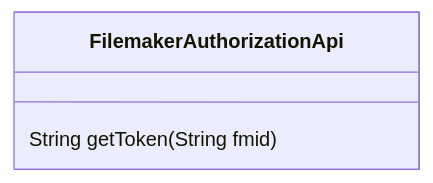
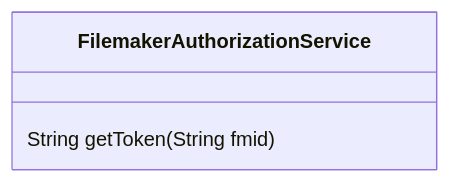
One commit to kaiwinter/filemaker-data-api-import changed the fourth of 5 diagrams in README.md. Above: the diagram before and after it, drawn with Mermaid. The commit also changed other lines of this file, not shown here.

````diff
--- a/README.md
+++ b/README.md
@@ -47,6 +47,6 @@
 ```mermaid
   classDiagram
-  class FilemakerAuthorizationApi {
+  class FilemakerAuthorizationService {
     String getToken(String fmid)
   }
 ```
````
